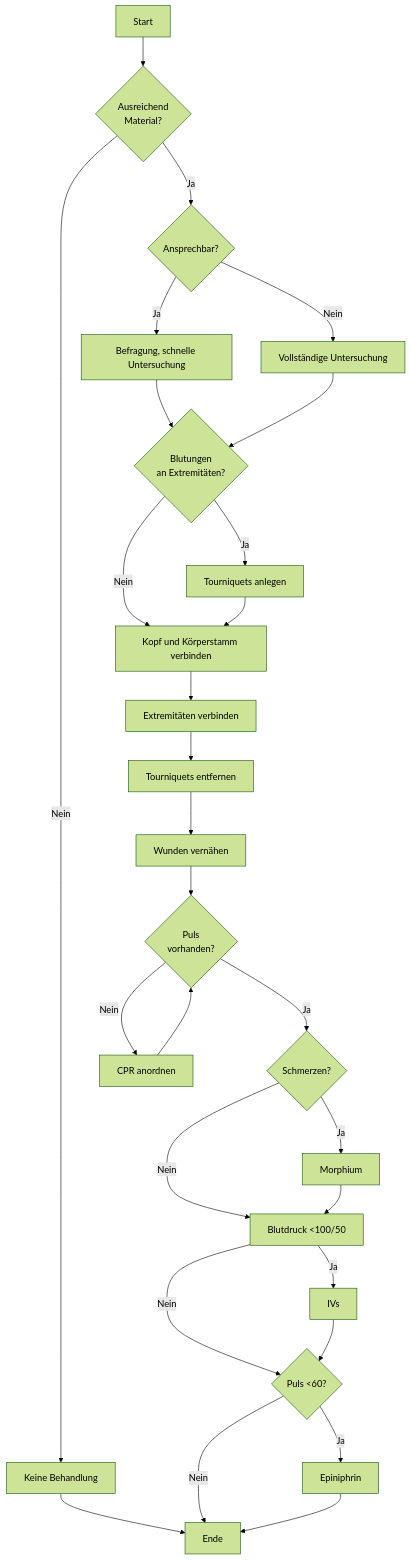
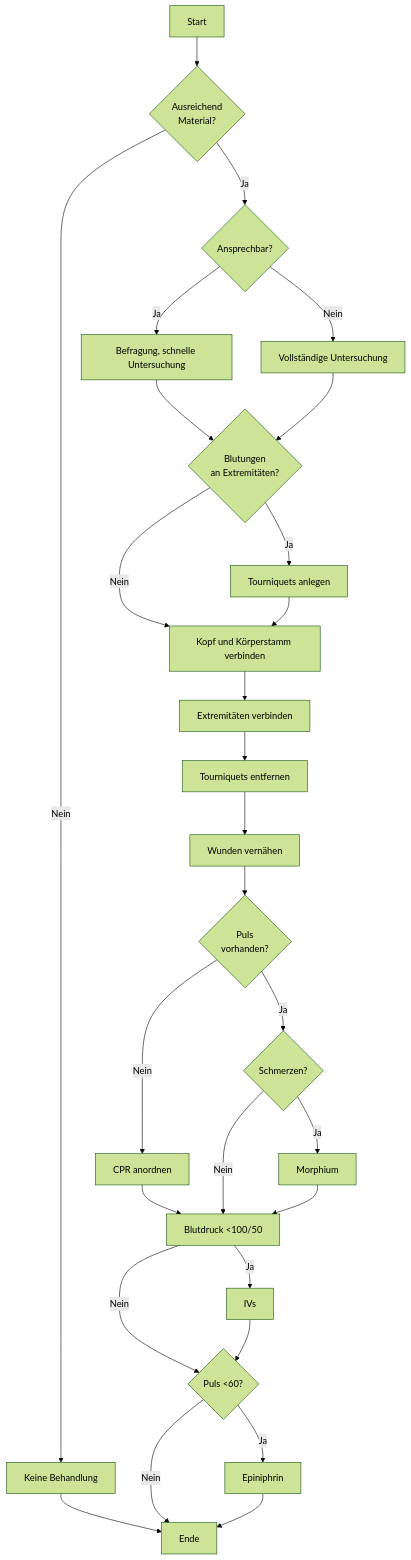
The second of 2 diagrams in arma3/ace3-medical.md (inten-gg/wiki), drawn with Mermaid (forest theme) before and after one commit. The commit also changed other lines of this file, not shown here.

Commit message:
docs: update arma3/ace3-medical

````diff
--- a/arma3/ace3-medical.md
+++ b/arma3/ace3-medical.md
@@ -101,30 +101,30 @@
 ```mermaid
 flowchart TD
     Start[Start] --> Material{Ausreichend\nMaterial?}
     Material -- Ja --> Ansprechbar{Ansprechbar?}    
     Material -- Nein --> Nope[Keine Behandlung]
     Nope --> Ende
     Ansprechbar -- Ja --> Question[Befragung, schnelle Untersuchung]    
     Ansprechbar -- Nein --> CompleteSearch[Vollständige Untersuchung]
     Question --> VieleBlutungen
     CompleteSearch --> VieleBlutungen{Blutungen\nan Extremitäten?}
     VieleBlutungen -- Ja --> Tourniquets[Tourniquets anlegen]
     VieleBlutungen -- Nein --> Torso[Kopf und Körperstamm verbinden]
     Tourniquets --> Torso
     Torso --> Extreminaeten[Extremitäten verbinden]
     Extreminaeten --> TourniquetsDel[Tourniquets entfernen]
     TourniquetsDel --> Stitch[Wunden vernähen]
     Stitch --> PulsAfterStitch{Puls\nvorhanden?}
     PulsAfterStitch -- Ja --> Pain{Schmerzen?}
     PulsAfterStitch -- Nein --> CPR[CPR anordnen]
-    CPR --> PulsAfterStitch
+    CPR --> BloodPressure
     Pain -- Ja --> Morphium
     Pain -- Nein --> BloodPressure[Blutdruck <100/50]
     Morphium --> BloodPressure
     BloodPressure -- Ja --> IVs    
     BloodPressure -- Nein --> PulseAfterBloodPressure{Puls <60?}
     IVs --> PulseAfterBloodPressure
     PulseAfterBloodPressure -- Ja --> Epiniphrin
     PulseAfterBloodPressure -- Nein --> Ende
     Epiniphrin --> Ende    
 ```  
````
